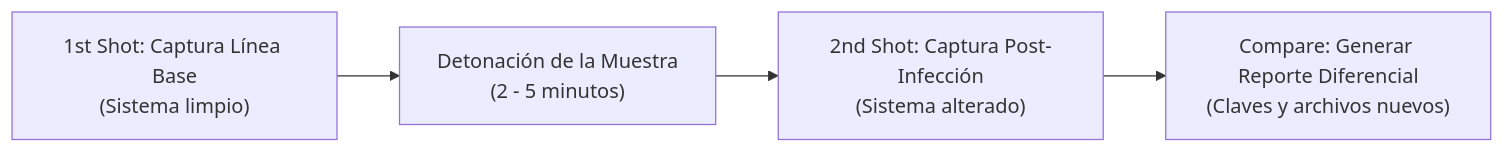
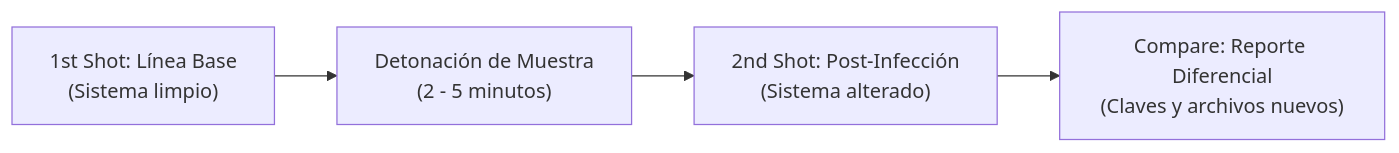
The third of 4 diagrams in malware-analysis/08-analisis-dinamico-procmon-noriben/README.md (purpesec/Cybersecurity-For-Beginners), drawn with Mermaid before and after one commit. The commit also changed other lines of this file and 8 other files, not shown here.

Commit message:
fix(malware-analysis): corregir sintaxis de diagramas Mermaid para compatibilidad estricta con renderizador de GitHub

````diff
--- a/malware-analysis/08-analisis-dinamico-procmon-noriben/README.md
+++ b/malware-analysis/08-analisis-dinamico-procmon-noriben/README.md
@@ -58,6 +58,6 @@
 ```mermaid
 flowchart LR
-    SHOT1["1st Shot: Captura Línea Base\n(Sistema limpio)"] --> DETONA["Detonación de la Muestra\n(2 - 5 minutos)"]
-    DETONA --> SHOT2["2nd Shot: Captura Post-Infección\n(Sistema alterado)"]
-    SHOT2 --> COMP["Compare: Generar Reporte Diferencial\n(Claves y archivos nuevos)"]
+    SHOT1["1st Shot: Línea Base<br/>(Sistema limpio)"] --> DETONA["Detonación de Muestra<br/>(2 - 5 minutos)"]
+    DETONA --> SHOT2["2nd Shot: Post-Infección<br/>(Sistema alterado)"]
+    SHOT2 --> COMP["Compare: Reporte Diferencial<br/>(Claves y archivos nuevos)"]
 ```
````
